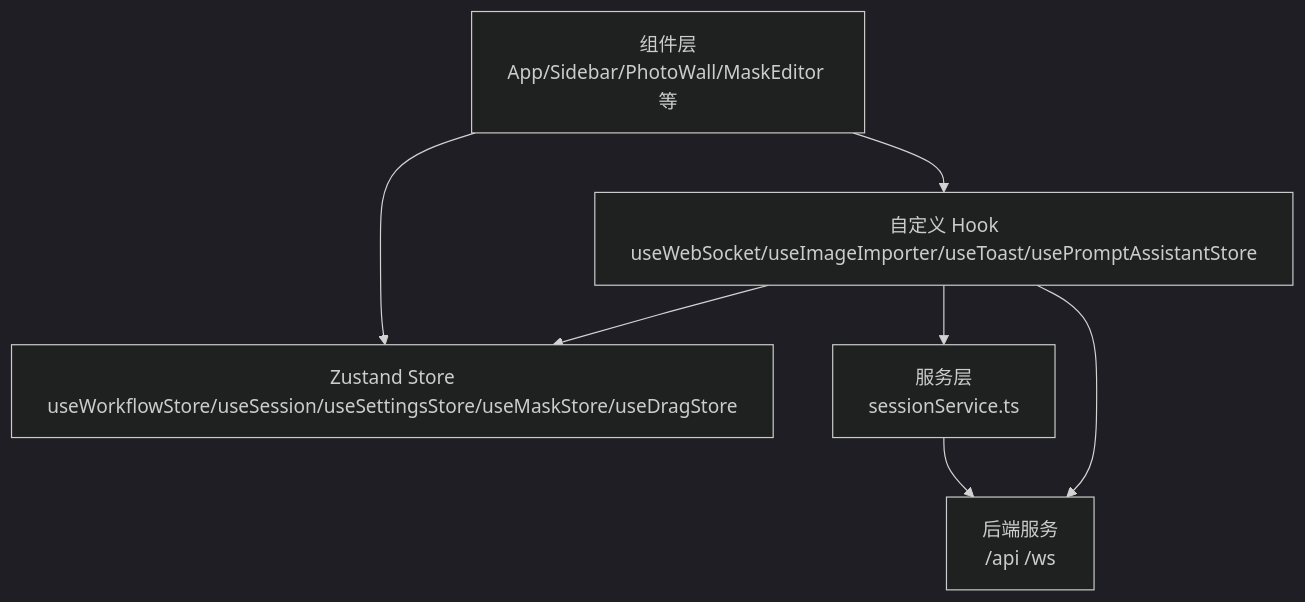
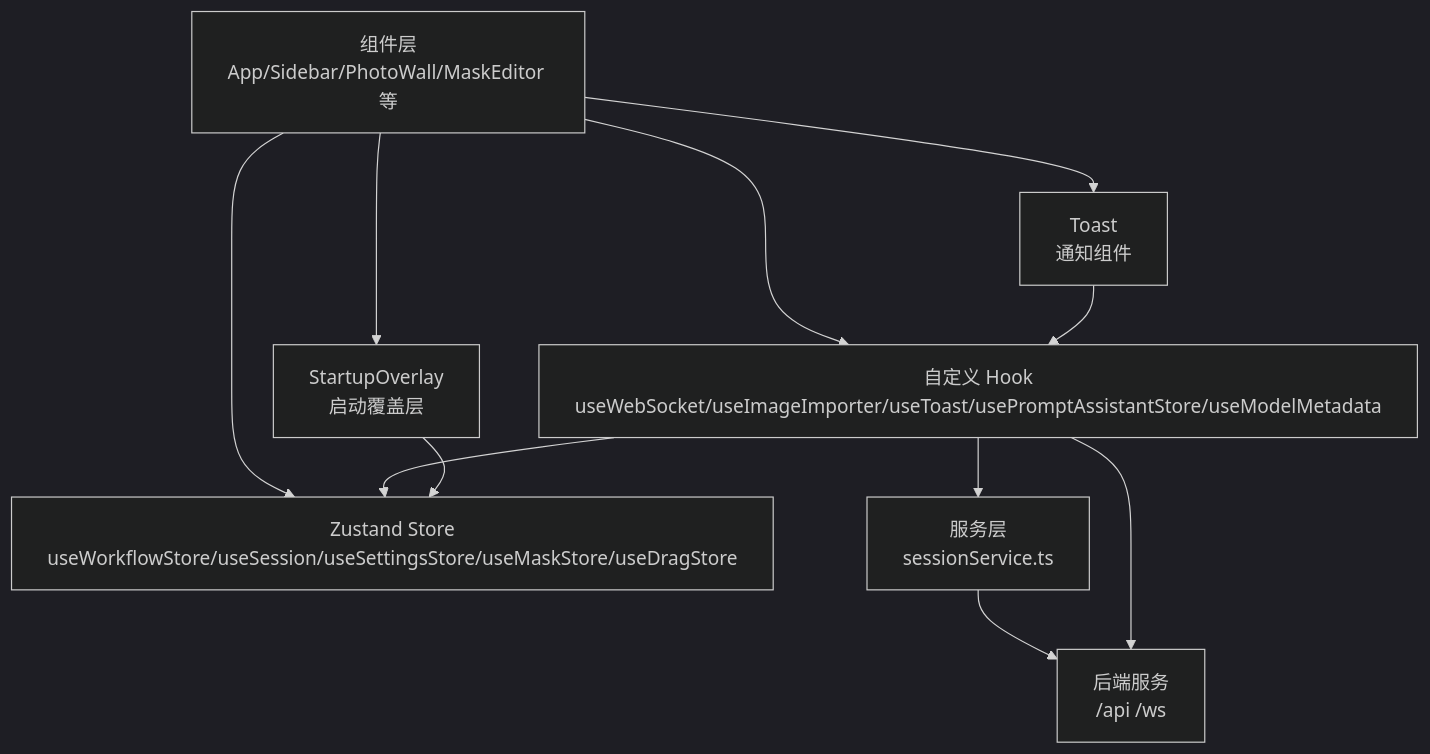
The second of 9 diagrams in .qoder/repowiki/zh/content/前端应用/前端应用.md (billye220670/CorineKit_Pix2Real), drawn with Mermaid (dark theme) before and after one commit. The commit also changed other lines of this file and 11 other files, not shown here.

````diff
--- a/.qoder/repowiki/zh/content/前端应用/前端应用.md
+++ b/.qoder/repowiki/zh/content/前端应用/前端应用.md
@@ -181,14 +194,20 @@
 ```mermaid
 graph TB
 UI["组件层<br/>App/Sidebar/PhotoWall/MaskEditor 等"]
+STARTUP["StartupOverlay<br/>启动覆盖层"]
+TOAST["Toast<br/>通知组件"]
 ZUSTAND["Zustand Store<br/>useWorkflowStore/useSession/useSettingsStore/useMaskStore/useDragStore"]
-HOOKS["自定义 Hook<br/>useWebSocket/useImageImporter/useToast/usePromptAssistantStore"]
+HOOKS["自定义 Hook<br/>useWebSocket/useImageImporter/useToast/usePromptAssistantStore/useModelMetadata"]
 SERVICE["服务层<br/>sessionService.ts"]
 BACKEND["后端服务<br/>/api /ws"]
+UI --> STARTUP
+UI --> TOAST
 UI --> ZUSTAND
 UI --> HOOKS
 HOOKS --> ZUSTAND
 HOOKS --> SERVICE
 SERVICE --> BACKEND
 HOOKS --> BACKEND
+STARTUP --> ZUSTAND
+TOAST --> HOOKS
 ```
````
